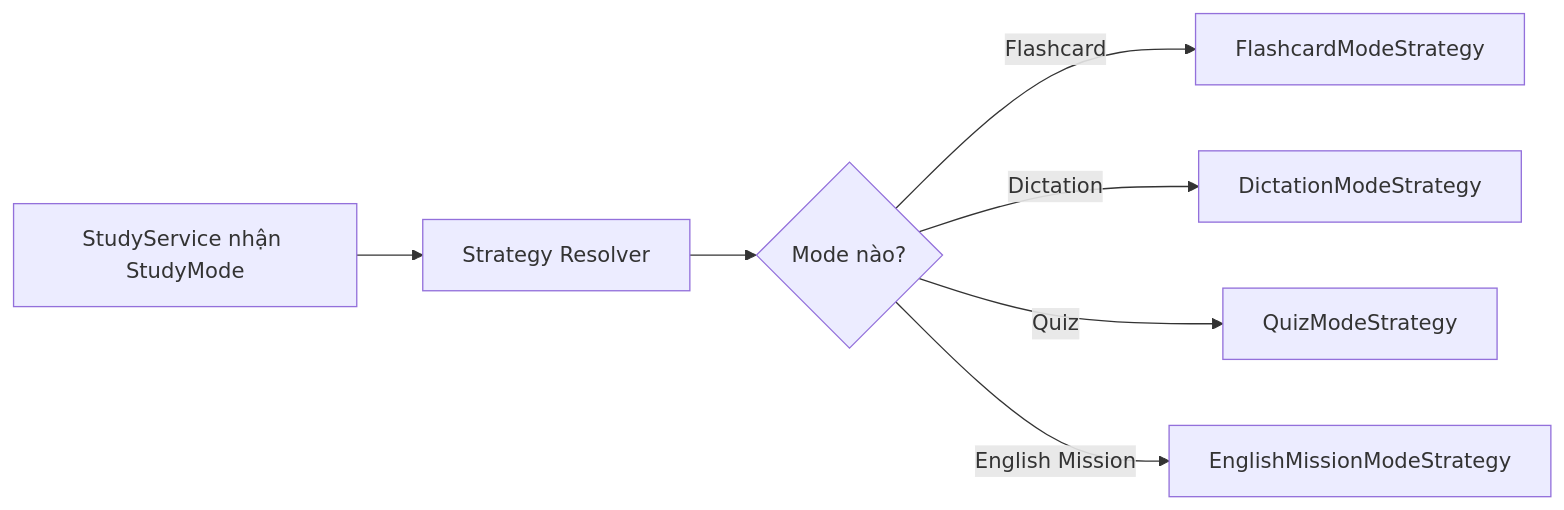
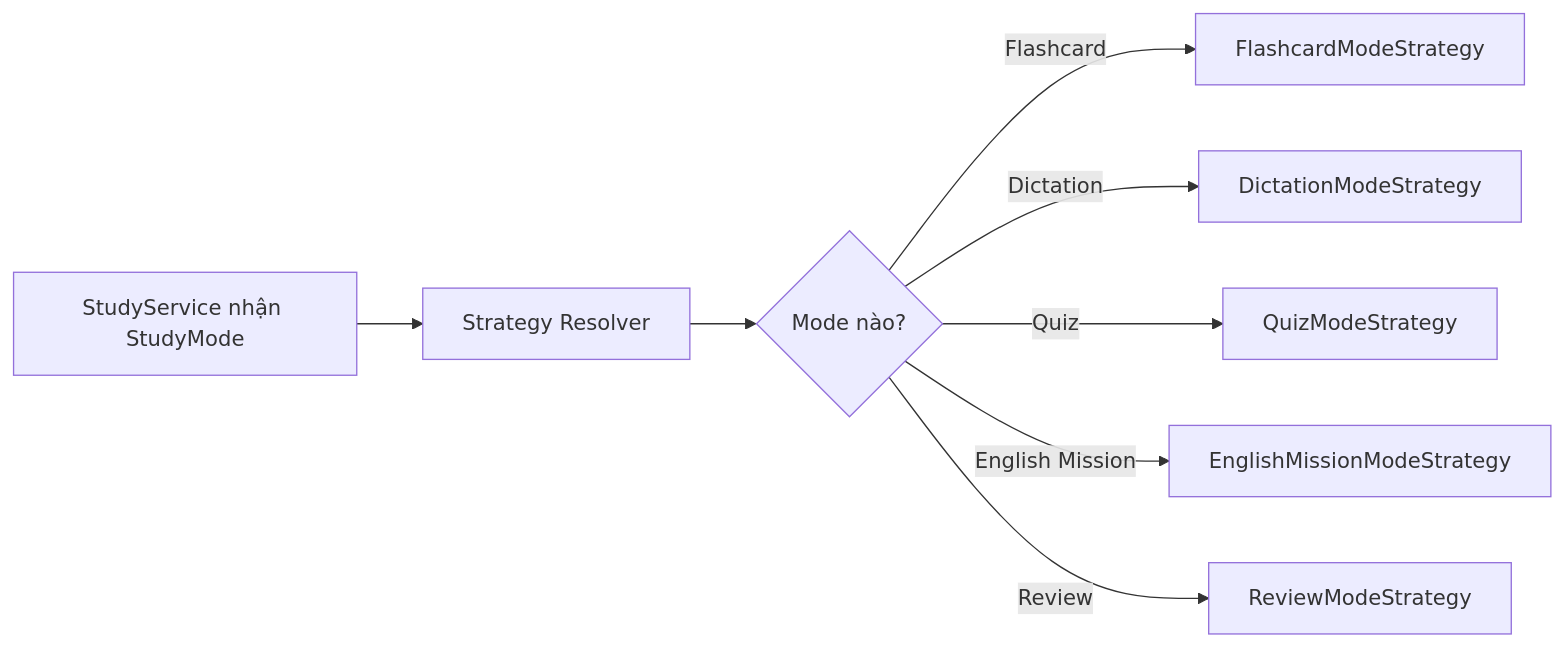
Before and after one commit to duchuyn04/LTWNC-English: the diagram in explain/strategy.md, drawn with Mermaid. The commit also changed other lines of this file and 8 other files, not shown here.

````diff
--- a/explain/strategy.md
+++ b/explain/strategy.md
@@ -135,9 +137,10 @@
 ```mermaid
 flowchart LR
     A[StudyService nhận StudyMode] --> B[Strategy Resolver]
     B --> C{Mode nào?}
     C -->|Flashcard| D[FlashcardModeStrategy]
     C -->|Dictation| E[DictationModeStrategy]
     C -->|Quiz| F[QuizModeStrategy]
     C -->|English Mission| G[EnglishMissionModeStrategy]
+    C -->|Review| H[ReviewModeStrategy]
 ```
````
